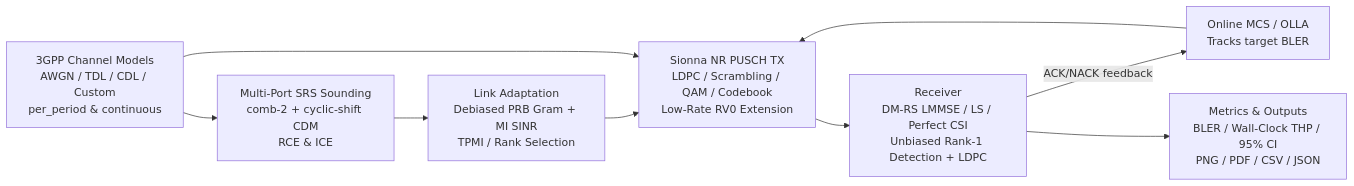
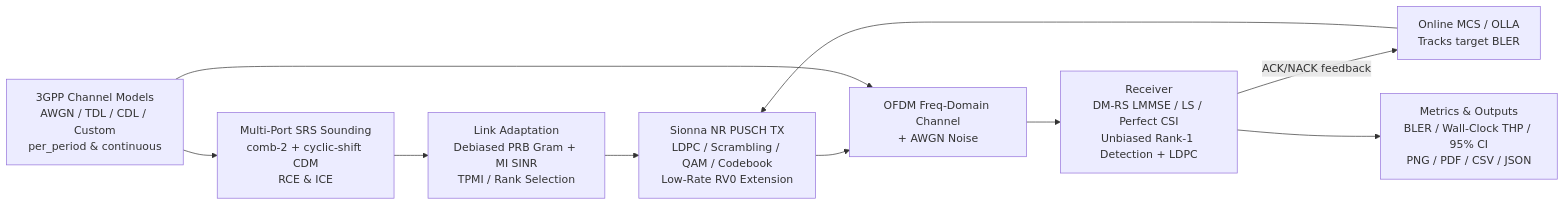
The diagram in README_EN.md (zhangzij15/nr-pusch-baseline), drawn with Mermaid before and after one commit. The commit also changed other lines of this file and 8 other files, not shown here.

Commit message:
Support multi-QAM low-rate RV0, sum-rate multi-rank OLLA, slot-invariant LMMSE, and polish docs

````diff
--- a/README_EN.md
+++ b/README_EN.md
@@ -99,11 +105,12 @@
 ```mermaid
 flowchart LR
   CIR["3GPP Channel Models<br/>AWGN / TDL / CDL / Custom<br/>per_period & continuous"] --> SRS["Multi-Port SRS Sounding<br/>comb-2 + cyclic-shift CDM<br/>RCE & ICE"]
   SRS --> LA["Link Adaptation<br/>Debiased PRB Gram + MI SINR<br/>TPMI / Rank Selection"]
   LA --> TX["Sionna NR PUSCH TX<br/>LDPC / Scrambling / QAM / Codebook<br/>Low-Rate RV0 Extension"]
-  CIR --> TX
-  TX --> RX["Receiver<br/>DM-RS LMMSE / LS / Perfect CSI<br/>Unbiased Rank-1 Detection + LDPC"]
+  TX --> CH["OFDM Freq-Domain Channel<br/>+ AWGN Noise"]
+  CIR --> CH
+  CH --> RX["Receiver<br/>DM-RS LMMSE / LS / Perfect CSI<br/>Unbiased Rank-1 Detection + LDPC"]
   RX -->|"ACK/NACK feedback"| MCS["Online MCS / OLLA<br/>Tracks target BLER"]
   MCS --> TX
   RX --> OUT["Metrics & Outputs<br/>BLER / Wall-Clock THP / 95% CI<br/>PNG / PDF / CSV / JSON"]
 ```
````
